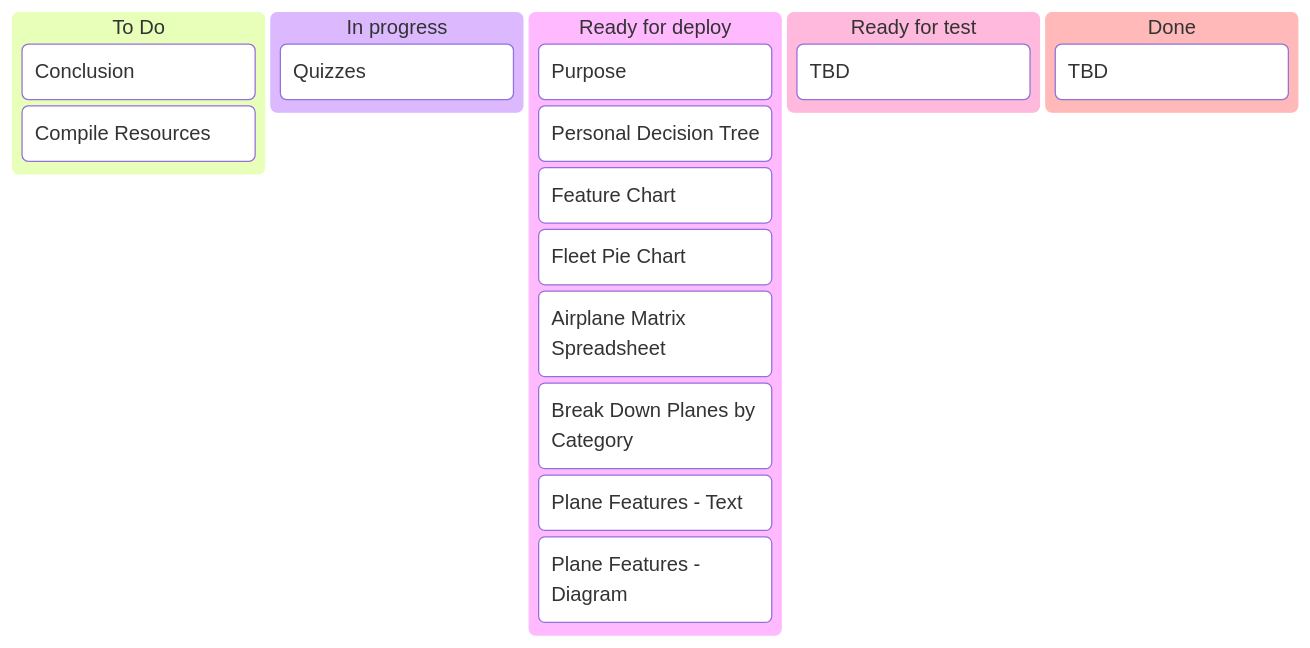
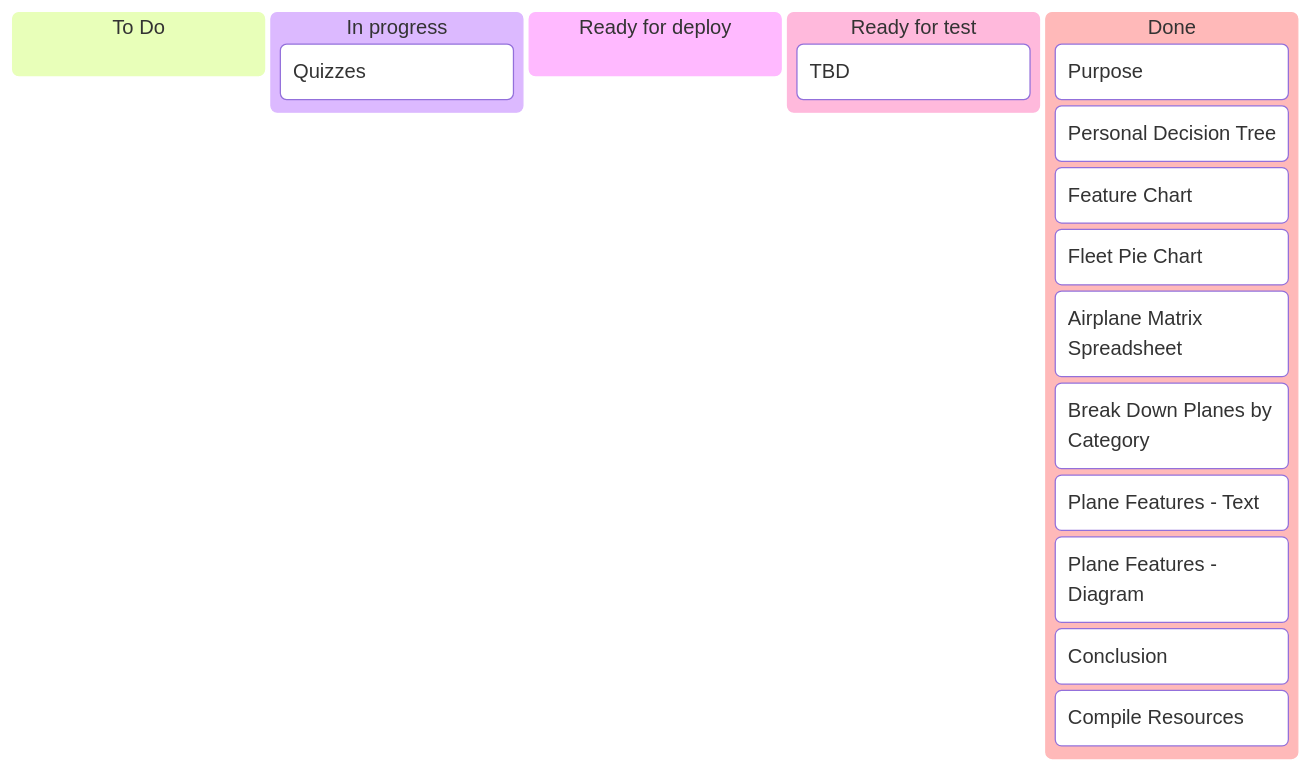
The first of 3 diagrams in Dashboard.md (Bailey-Wu/Bailey-Wu), drawn with Mermaid before and after one commit.

````diff
--- a/Dashboard.md
+++ b/Dashboard.md
@@ -8,22 +8,20 @@
 ```mermaid
 kanban
   [To Do]
-
-    [Conclusion]
-    [Compile Resources]
   [In progress]
     [Quizzes]
   [Ready for deploy]
+  [Ready for test]
+    [TBD]
+  [Done]
     [Purpose]
     [Personal Decision Tree]
     [Feature Chart]
     [Fleet Pie Chart]
     [Airplane Matrix Spreadsheet]
     [Break Down Planes by Category]
     [Plane Features - Text]
     [Plane Features - Diagram]
-  [Ready for test]
-    [TBD]
-  [Done]
-    [TBD]
+    [Conclusion]
+    [Compile Resources]
 ```
````
